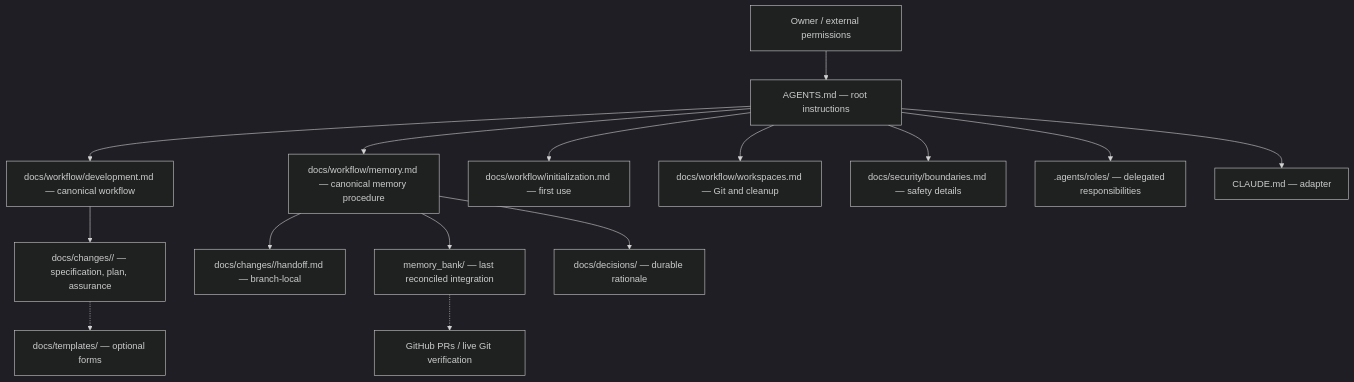
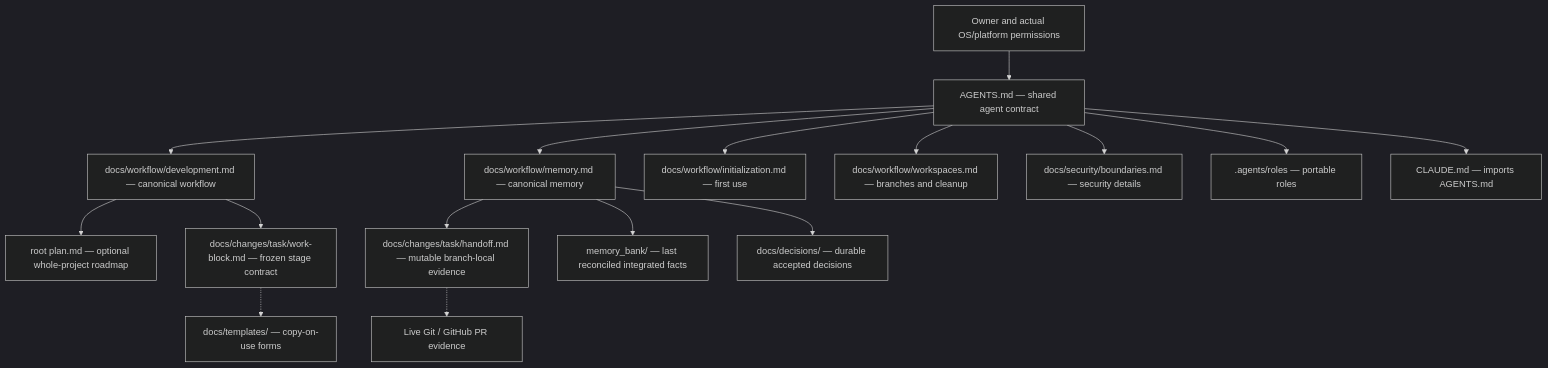
Before and after one commit to oleyna80/agentic-sdlc-lite: the second of 2 diagrams in docs/architecture/overview.md, drawn with Mermaid (dark theme). The commit also changed other lines of this file and 4 other files, not shown here.

Commit message:
docs(wb-lite-001): map project stages and preserve implementation handoff

````diff
--- a/docs/architecture/overview.md
+++ b/docs/architecture/overview.md
@@ -36,17 +43,18 @@
 ```mermaid
 flowchart TD
-    OWNER["Owner / external permissions"] --> AG["AGENTS.md — root instructions"]
+    OWNER["Owner and actual OS/platform permissions"] --> AG["AGENTS.md — shared agent contract"]
     AG --> DEV["docs/workflow/development.md — canonical workflow"]
-    AG --> MEM["docs/workflow/memory.md — canonical memory procedure"]
+    AG --> MEM["docs/workflow/memory.md — canonical memory"]
     AG --> INIT["docs/workflow/initialization.md — first use"]
-    AG --> GIT["docs/workflow/workspaces.md — Git and cleanup"]
-    AG --> SEC["docs/security/boundaries.md — safety details"]
-    AG --> ROLES[".agents/roles/ — delegated responsibilities"]
-    AG --> CLAUDE["CLAUDE.md — adapter"]
-    DEV --> PLAN["docs/changes/<task>/ — specification, plan, assurance"]
-    MEM --> HAND["docs/changes/<task>/handoff.md — branch-local"]
-    MEM --> BANK["memory_bank/ — last reconciled integration"]
-    MEM --> ADR["docs/decisions/ — durable rationale"]
-    PLAN -.-> TMPL["docs/templates/ — optional forms"]
-    BANK -.-> PR["GitHub PRs / live Git verification"]
+    AG --> GIT["docs/workflow/workspaces.md — branches and cleanup"]
+    AG --> SEC["docs/security/boundaries.md — security details"]
+    AG --> ROLES[".agents/roles — portable roles"]
+    AG --> CLAUDE["CLAUDE.md — imports AGENTS.md"]
+    DEV --> ROAD["root plan.md — optional whole-project roadmap"]
+    DEV --> WB["docs/changes/task/work-block.md — frozen stage contract"]
+    MEM --> HAND["docs/changes/task/handoff.md — mutable branch-local evidence"]
+    MEM --> BANK["memory_bank/ — last reconciled integrated facts"]
+    MEM --> ADR["docs/decisions/ — durable accepted decisions"]
+    WB -.-> TMPL["docs/templates/ — copy-on-use forms"]
+    HAND -.-> PR["Live Git / GitHub PR evidence"]
 ```
````
